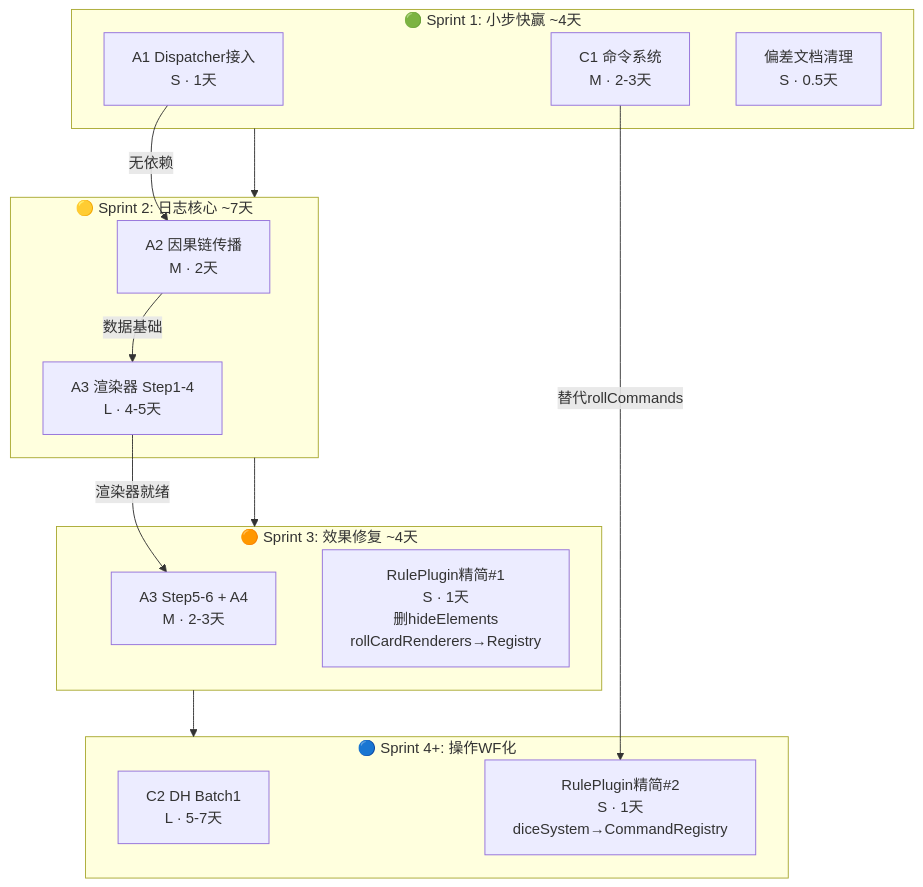
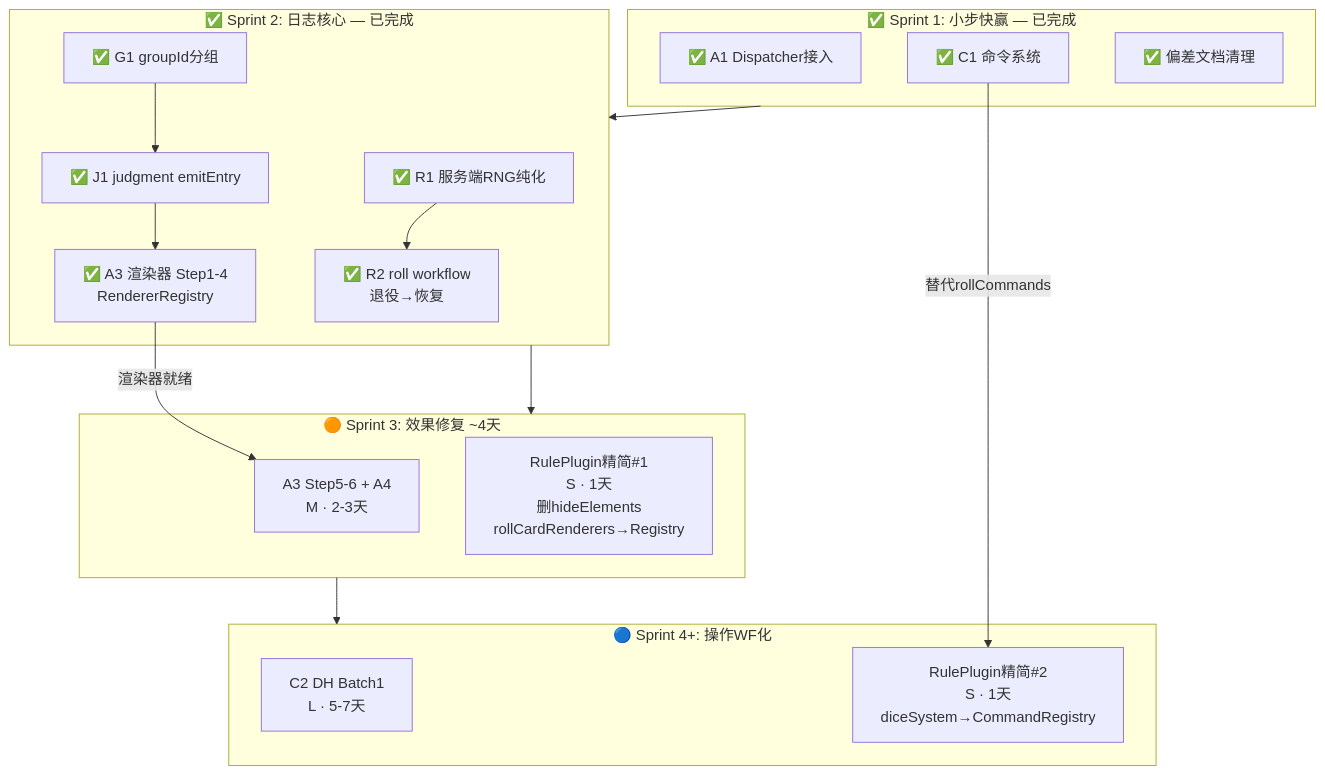
Diagram 15 of 18 in docs/design/17-插件系统演进路线.md (RidRisR/myVTT), drawn with Mermaid before and after one commit. The commit also changed other lines of this file and 3 other files, not shown here.

````diff
--- a/docs/design/17-插件系统演进路线.md
+++ b/docs/design/17-插件系统演进路线.md
@@ -575,30 +575,34 @@
 ```mermaid
 graph TD
-    subgraph Sprint1["🟢 Sprint 1: 小步快赢 ~4天"]
-        A1s["A1 Dispatcher接入<br/>S · 1天"]
-        C1s["C1 命令系统<br/>M · 2-3天"]
-        DOCs["偏差文档清理<br/>S · 0.5天"]
+    subgraph Sprint1["✅ Sprint 1: 小步快赢 — 已完成"]
+        A1s["✅ A1 Dispatcher接入"]
+        C1s["✅ C1 命令系统"]
+        DOCs["✅ 偏差文档清理"]
     end
 
-    subgraph Sprint2["🟡 Sprint 2: 日志核心 ~7天"]
-        A2s["A2 因果链传播<br/>M · 2天"]
-        A3as["A3 渲染器 Step1-4<br/>L · 4-5天"]
+    subgraph Sprint2["✅ Sprint 2: 日志核心 — 已完成"]
+        R1s["✅ R1 服务端RNG纯化"]
+        G1s["✅ G1 groupId分组"]
+        R2s["✅ R2 roll workflow<br/>退役→恢复"]
+        J1s["✅ J1 judgment emitEntry"]
+        A3as["✅ A3 渲染器 Step1-4<br/>RendererRegistry"]
     end
 
     subgraph Sprint3["🟠 Sprint 3: 效果修复 ~4天"]
         A3bs["A3 Step5-6 + A4<br/>M · 2-3天"]
         RP1s["RulePlugin精简#1<br/>S · 1天<br/>删hideElements<br/>rollCardRenderers→Registry"]
     end
 
     subgraph Sprint4["🔵 Sprint 4+: 操作WF化"]
         C2s["C2 DH Batch1<br/>L · 5-7天"]
         RP2s["RulePlugin精简#2<br/>S · 1天<br/>diceSystem→CommandRegistry"]
     end
 
     Sprint1 --> Sprint2 --> Sprint3 --> Sprint4
 
-    A1s -->|"无依赖"| A2s
-    A2s -->|"数据基础"| A3as
+    R1s --> R2s
+    G1s --> J1s
+    J1s --> A3as
     A3as -->|"渲染器就绪"| A3bs
     C1s -->|"替代rollCommands"| RP2s
 ```
````
